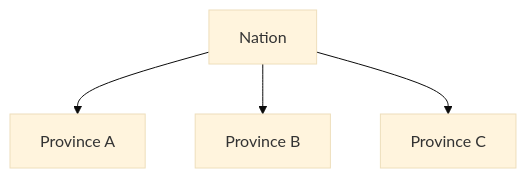
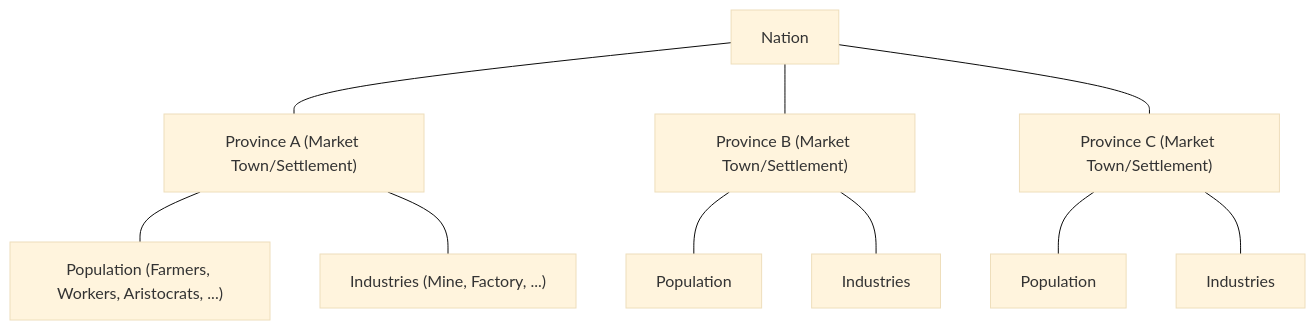
Before and after one commit to Nihamawassa/heartland: the diagram in content/docs/the-nation/_index.md, drawn with Mermaid (base theme). The commit also changed 2 other files, not shown here.

Commit message:
Added population and settlement content

```diff
--- a/content/docs/the-nation/_index.md
+++ b/content/docs/the-nation/_index.md
@@ -12,6 +12,12 @@
 {{< mermaid class="text-center">}}
 graph TD
-    N[Nation] --> A[Province A]
-    N --> B[Province B]
-    N --> C[Province C]
+    N[Nation] --- A["Province A (Market Town/Settlement)"]
+    N --- B["Province B (Market Town/Settlement)"]
+    N --- C["Province C (Market Town/Settlement)"]
+    A --- P1["Population (Farmers, Workers, Aristocrats, ...)"]
+    A --- I1["Industries (Mine, Factory, ...)"]
+    B --- P2[Population]
+    B --- I2[Industries]
+    C --- P3[Population]
+    C --- I3[Industries]
 {{< /mermaid >}}
```
